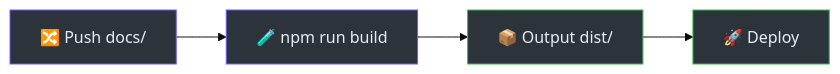
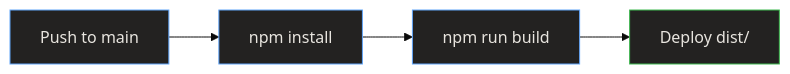
One commit to relukdev/doc-kit changed the diagram in astro-site/src/content/docs/deployment.md. Above: the diagram before and after it, drawn with Mermaid (base theme). The commit also changed other lines of this file and 258 other files, not shown here.

````diff
--- a/astro-site/src/content/docs/deployment.md
+++ b/astro-site/src/content/docs/deployment.md
@@ -122,11 +103,11 @@
 ```mermaid
 graph LR
-    style A fill:#2d333b,stroke:#6d5dfc,color:#e6edf3
-    style B fill:#2d333b,stroke:#6d5dfc,color:#e6edf3
-    style C fill:#2d333b,stroke:#3fb950,color:#e6edf3
-    style D fill:#2d333b,stroke:#3fb950,color:#e6edf3
+    style A fill:#232221,stroke:#60A5FA,color:#E8E5DF
+    style B fill:#232221,stroke:#60A5FA,color:#E8E5DF
+    style C fill:#232221,stroke:#60A5FA,color:#E8E5DF
+    style D fill:#232221,stroke:#3fb950,color:#E8E5DF
 
-    A["🔀 Push docs/"] --> B["🧪 npm run build"]
-    B --> C["📦 Output dist/"]
-    C --> D["🚀 Deploy"]
+    A["Push to main"] --> B["npm install"]
+    B --> C["npm run build"]
+    C --> D["Deploy dist/"]
 ```
````
